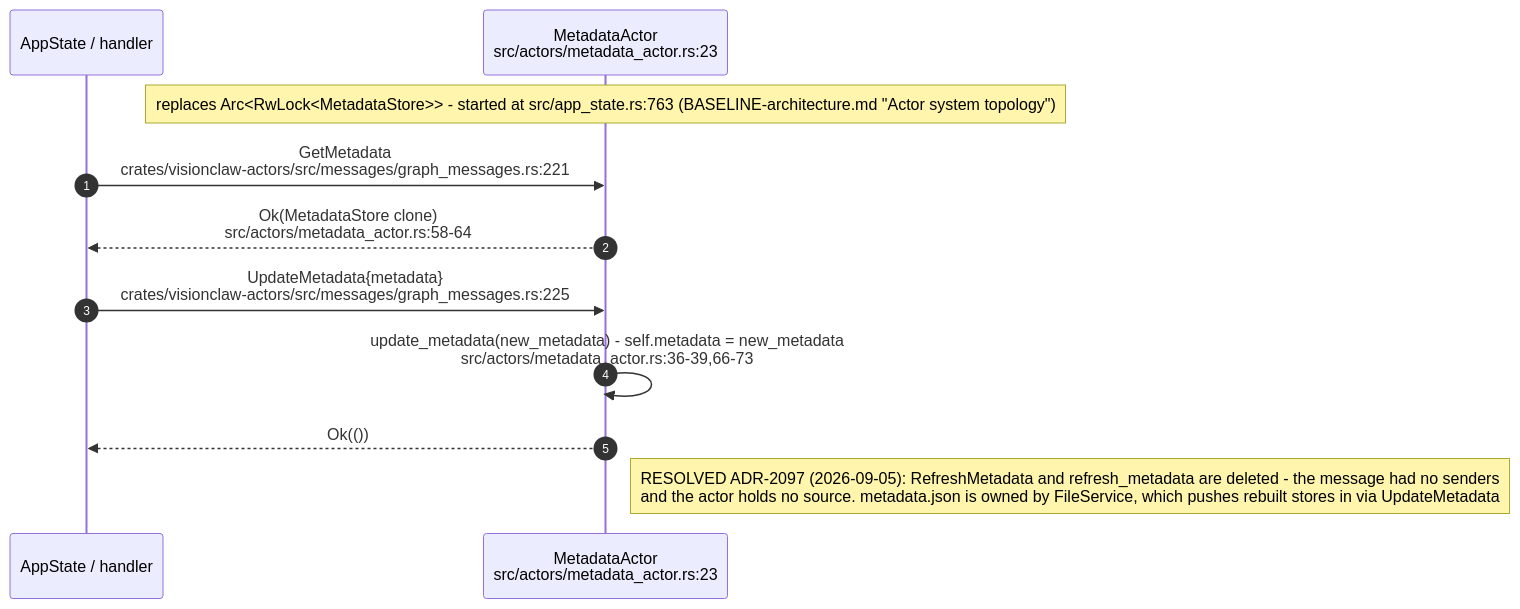
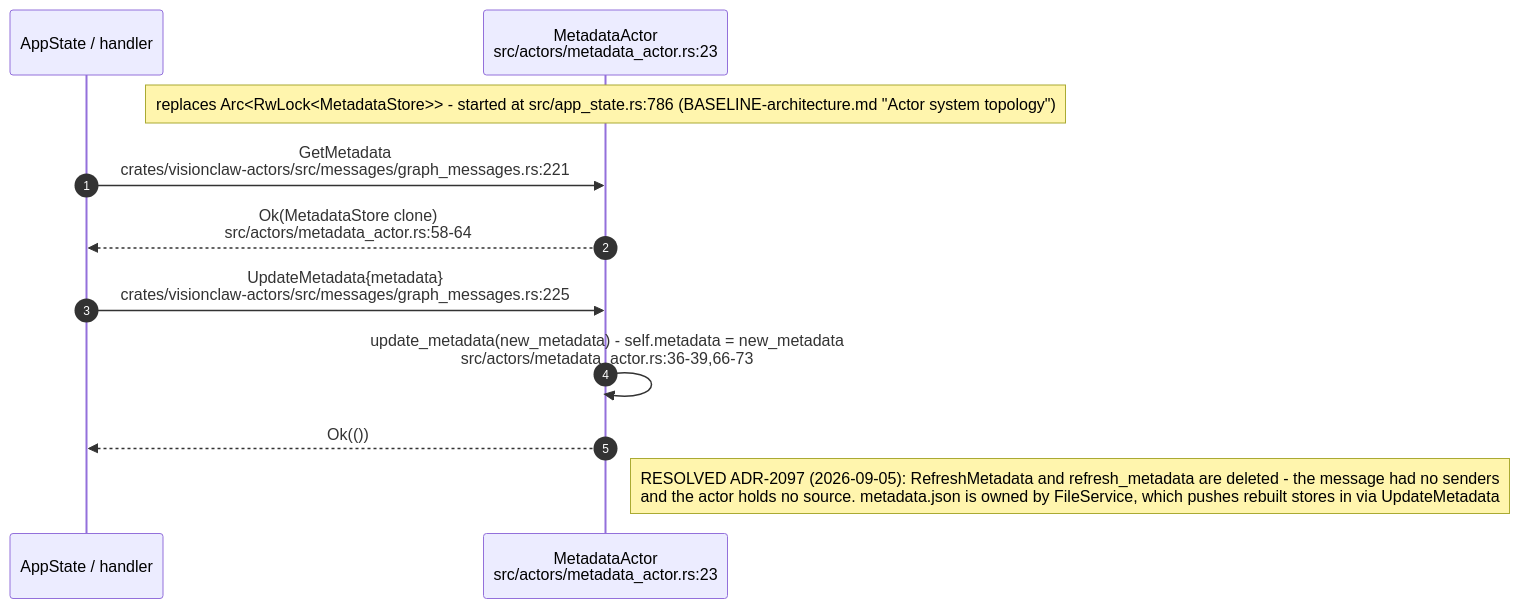
The tenth of 12 diagrams in docs/diagrams/visionclaw/25-insight-kpi-nlq-semantics.md (DreamLab-AI/VisionFlow), drawn with Mermaid before and after one commit. The commit also changed other lines of this file and 49 other files, not shown here.

First line of the commit message:
docs(diagrams): re-derive and re-stamp VisionClaw, estate, knowledge-graph, visionGraph, VisionFlow and sidestr topics

````diff
--- a/docs/diagrams/visionclaw/25-insight-kpi-nlq-semantics.md
+++ b/docs/diagrams/visionclaw/25-insight-kpi-nlq-semantics.md
@@ -436,14 +437,14 @@
 ```mermaid
 sequenceDiagram
     autonumber
     participant Caller as AppState / handler
     participant MA as MetadataActor<br/>src/actors/metadata_actor.rs:23
 
-    Note over MA: replaces Arc<RwLock<MetadataStore>> - started at src/app_state.rs:763 (BASELINE-architecture.md "Actor system topology")
+    Note over MA: replaces Arc<RwLock<MetadataStore>> - started at src/app_state.rs:786 (BASELINE-architecture.md "Actor system topology")
     Caller->>MA: GetMetadata<br/>crates/visionclaw-actors/src/messages/graph_messages.rs:221
     MA-->>Caller: Ok(MetadataStore clone)<br/>src/actors/metadata_actor.rs:58-64
     Caller->>MA: UpdateMetadata{metadata}<br/>crates/visionclaw-actors/src/messages/graph_messages.rs:225
     MA->>MA: update_metadata(new_metadata) - self.metadata = new_metadata<br/>src/actors/metadata_actor.rs:36-39,66-73
     MA-->>Caller: Ok(())
     Note right of MA: RESOLVED ADR-2097 (2026-09-05): RefreshMetadata and refresh_metadata are deleted - the message had no senders<br/>and the actor holds no source. metadata.json is owned by FileService, which pushes rebuilt stores in via UpdateMetadata
 ```
````
